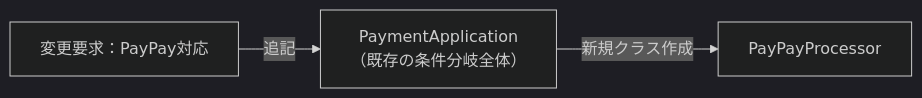
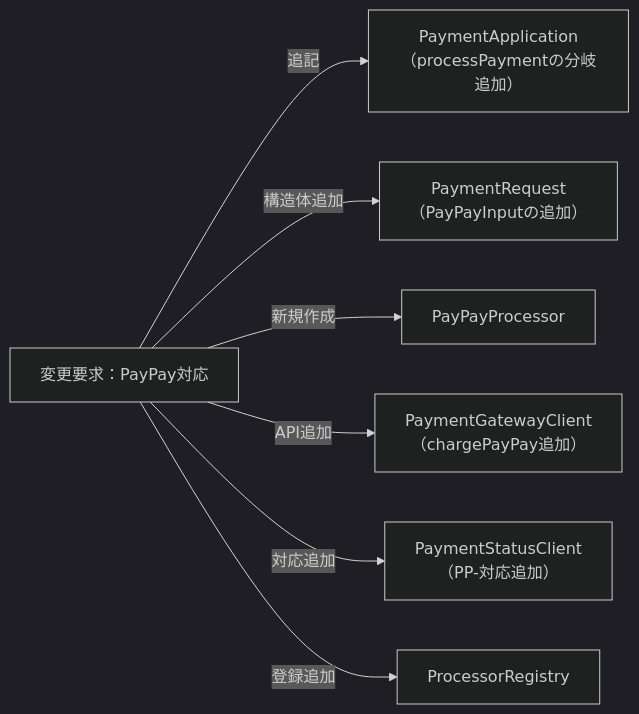
One commit to kumachan1101-pixel/DesignPattern changed the sixth of 9 diagrams in kindle/design-patterns/output/chapter08.md. Above: the diagram before and after it, drawn with Mermaid (dark theme). The commit also changed other lines of this file, not shown here.

````diff
--- a/kindle/design-patterns/output/chapter08.md
+++ b/kindle/design-patterns/output/chapter08.md
@@ -695,6 +1102,10 @@
 ```mermaid
 graph LR
     T1["変更要求：PayPay対応"]
-        -->|"追記"| A["PaymentApplication<br>（既存の条件分岐全体）"]
-    A -->|"新規クラス作成"| B["PayPayProcessor"]
+        -->|"追記"| A["PaymentApplication<br>（processPaymentの分岐追加）"]
+    T1 -->|"構造体追加"| B["PaymentRequest<br>（PayPayInputの追加）"]
+    T1 -->|"新規作成"| C["PayPayProcessor"]
+    T1 -->|"API追加"| D["PaymentGatewayClient<br>（chargePayPay追加）"]
+    T1 -->|"対応追加"| E["PaymentStatusClient<br>（PP-対応追加）"]
+    T1 -->|"登録追加"| F["ProcessorRegistry"]
 ```
````
